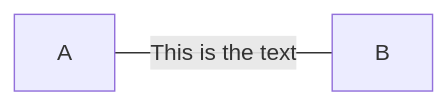
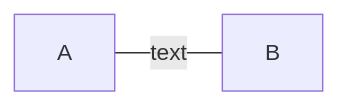
The seventh of 15 diagrams in FlowCharts/LinksNodes.md (F4NT0/Mermaid_Example), drawn with Mermaid before and after one commit. The commit also changed other lines of this file, not shown here.

````diff
--- a/FlowCharts/LinksNodes.md
+++ b/FlowCharts/LinksNodes.md
@@ -97,8 +97,8 @@
 ```mermaid
 ---
 Conexão Aberta
 ---
 
 flowchart LR
-    A---|This is the text|B
+    A---|text|B
 ```
````
